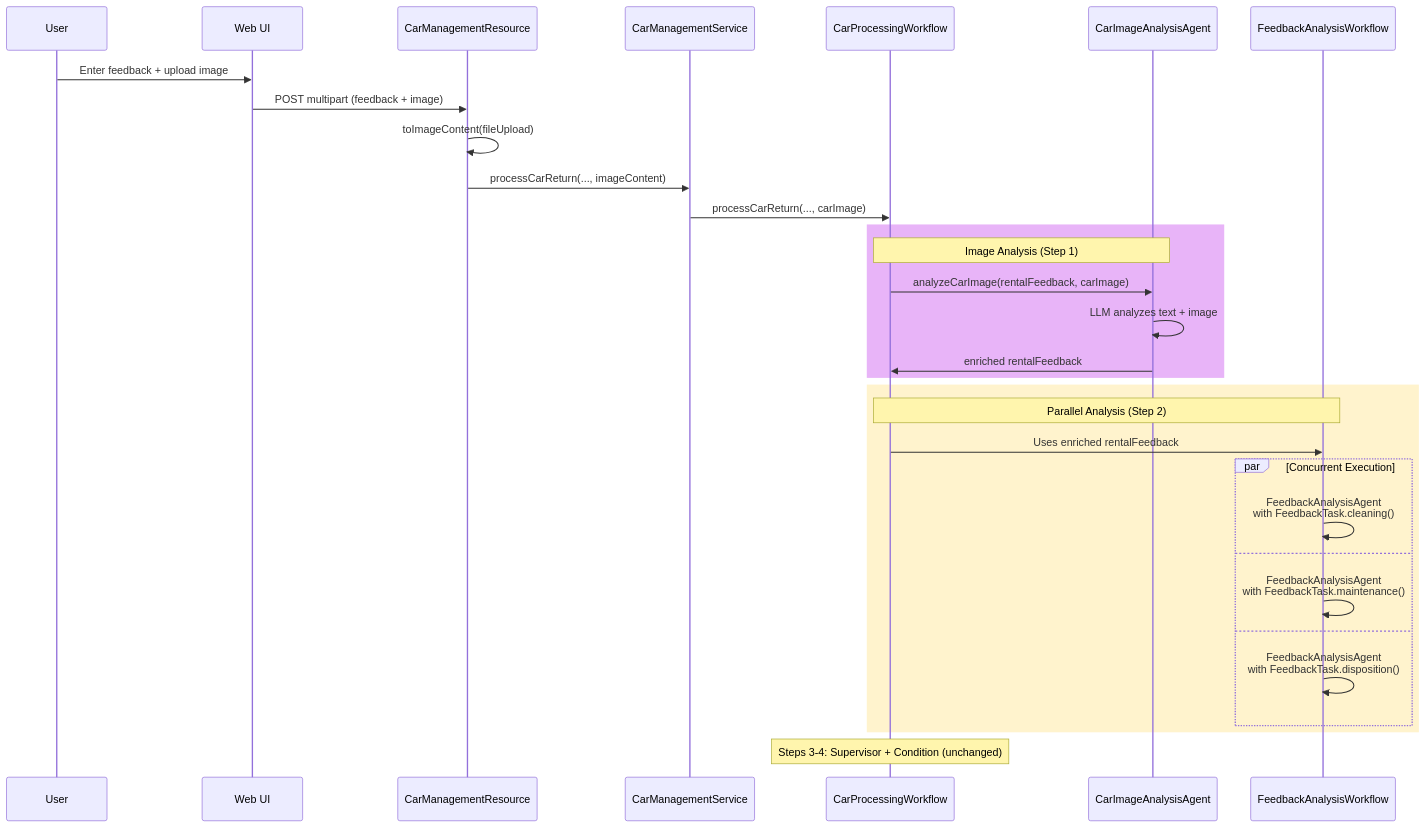
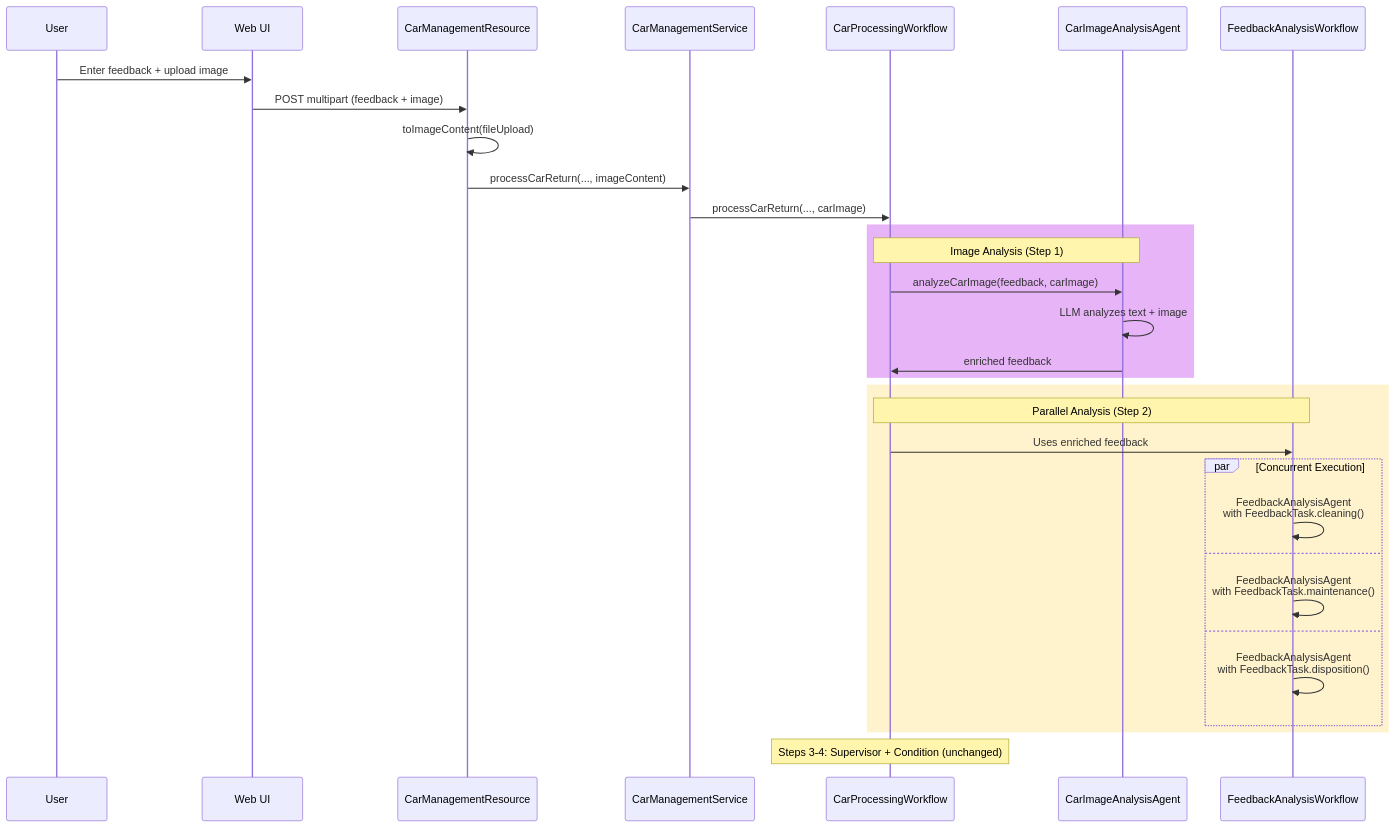
The second of 2 diagrams in docs/content/section-2/step-06.md (quarkusio/quarkus-workshop-langchain4j), drawn with Mermaid before and after one commit. The commit also changed other lines of this file and 73 other files, not shown here.

````diff
--- a/docs/content/section-2/step-06.md
+++ b/docs/content/section-2/step-06.md
@@ -381,37 +373,37 @@
 ```mermaid
 sequenceDiagram
     participant User
     participant UI as Web UI
     participant REST as CarManagementResource
     participant Service as CarManagementService
     participant Workflow as CarProcessingWorkflow
     participant ImageAgent as CarImageAnalysisAgent
     participant FeedbackWF as FeedbackAnalysisWorkflow
 
     User->>UI: Enter feedback + upload image
     UI->>REST: POST multipart (feedback + image)
     REST->>REST: toImageContent(fileUpload)
     REST->>Service: processCarReturn(..., imageContent)
     Service->>Workflow: processCarReturn(..., carImage)
 
     rect rgb(232, 180, 248)
     Note over Workflow,ImageAgent: Image Analysis (Step 1)
-    Workflow->>ImageAgent: analyzeCarImage(rentalFeedback, carImage)
+    Workflow->>ImageAgent: analyzeCarImage(feedback, carImage)
     ImageAgent->>ImageAgent: LLM analyzes text + image
-    ImageAgent->>Workflow: enriched rentalFeedback
+    ImageAgent->>Workflow: enriched feedback
     end
 
     rect rgb(255, 243, 205)
     Note over Workflow,FeedbackWF: Parallel Analysis (Step 2)
-    Workflow->>FeedbackWF: Uses enriched rentalFeedback
+    Workflow->>FeedbackWF: Uses enriched feedback
     par Concurrent Execution
         FeedbackWF->>FeedbackWF: FeedbackAnalysisAgent<br/>with FeedbackTask.cleaning()
     and
         FeedbackWF->>FeedbackWF: FeedbackAnalysisAgent<br/>with FeedbackTask.maintenance()
     and
         FeedbackWF->>FeedbackWF: FeedbackAnalysisAgent<br/>with FeedbackTask.disposition()
     end
     end
 
     Note over Workflow: Steps 3-4: Supervisor + Condition (unchanged)
 ```
````
